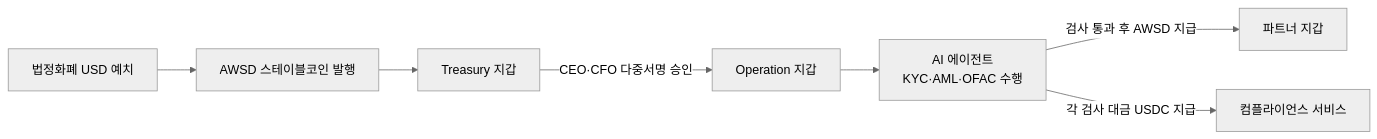
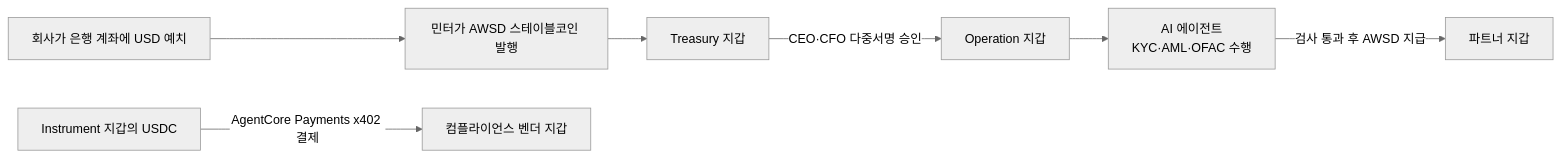
The fifth of 6 diagrams in blockchain-manager/docs/디지털 자산/에이전트 결제/04-aws-wallet-key-and-agent-payment.md (eunsujeo/eunpus), drawn with Mermaid (neutral theme) before and after one commit. The commit also changed other lines of this file and 6 other files, not shown here.

````diff
--- a/blockchain-manager/docs/디지털 자산/에이전트 결제/04-aws-wallet-key-and-agent-payment.md
+++ b/blockchain-manager/docs/디지털 자산/에이전트 결제/04-aws-wallet-key-and-agent-payment.md
@@ -137,9 +176,9 @@
 ```mermaid
 flowchart LR
-    USD[법정화폐 USD 예치] --> MINT[AWSD 스테이블코인 발행]
+    USD[회사가 은행 계좌에 USD 예치] --> MINT[민터가 AWSD 스테이블코인 발행]
     MINT --> TREASURY[Treasury 지갑]
     TREASURY -->|CEO·CFO 다중서명 승인| OPER[Operation 지갑]
     OPER --> AGENT[AI 에이전트<br/>KYC·AML·OFAC 수행]
     AGENT -->|검사 통과 후 AWSD 지급| PARTNER[파트너 지갑]
-    AGENT -->|각 검사 대금 USDC 지급| VENDOR[컴플라이언스 서비스]
+    INSTRUMENT[Instrument 지갑의 USDC] -->|AgentCore Payments x402 결제| VENDOR[컴플라이언스 벤더 지갑]
 ```
````
